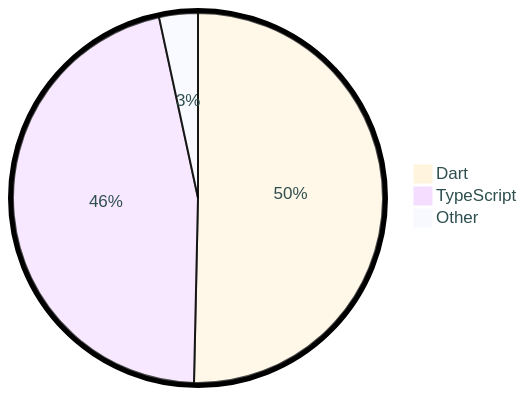
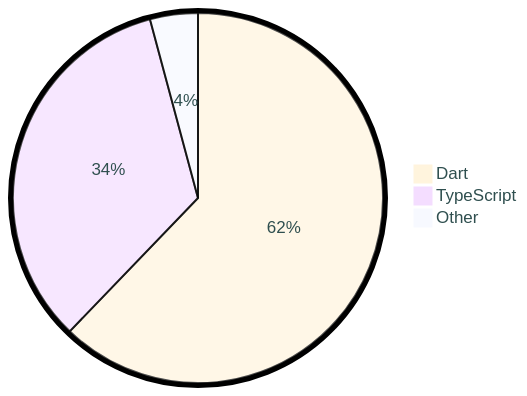
One commit to tot0p/tot0p changed the diagram in README.md. Above: the diagram before and after it, drawn with Mermaid. The commit also changed other lines of this file, not shown here.

````diff
--- a/README.md
+++ b/README.md
@@ -121,7 +121,7 @@
 ```mermaid
 %%{init: {"pie": {"textPosition": 0.5}, "themeVariables": {"pieOuterStrokeWidth": "5px","primaryTextColor" : "#2F4F4F"},"theme":"base"} }%%
 pie
-	"Dart": 50.34
-	"TypeScript": 46.27
-	"Other": 3.38
+	"Dart": 62.19
+	"TypeScript": 33.63
+	"Other": 4.18
 ```
````
